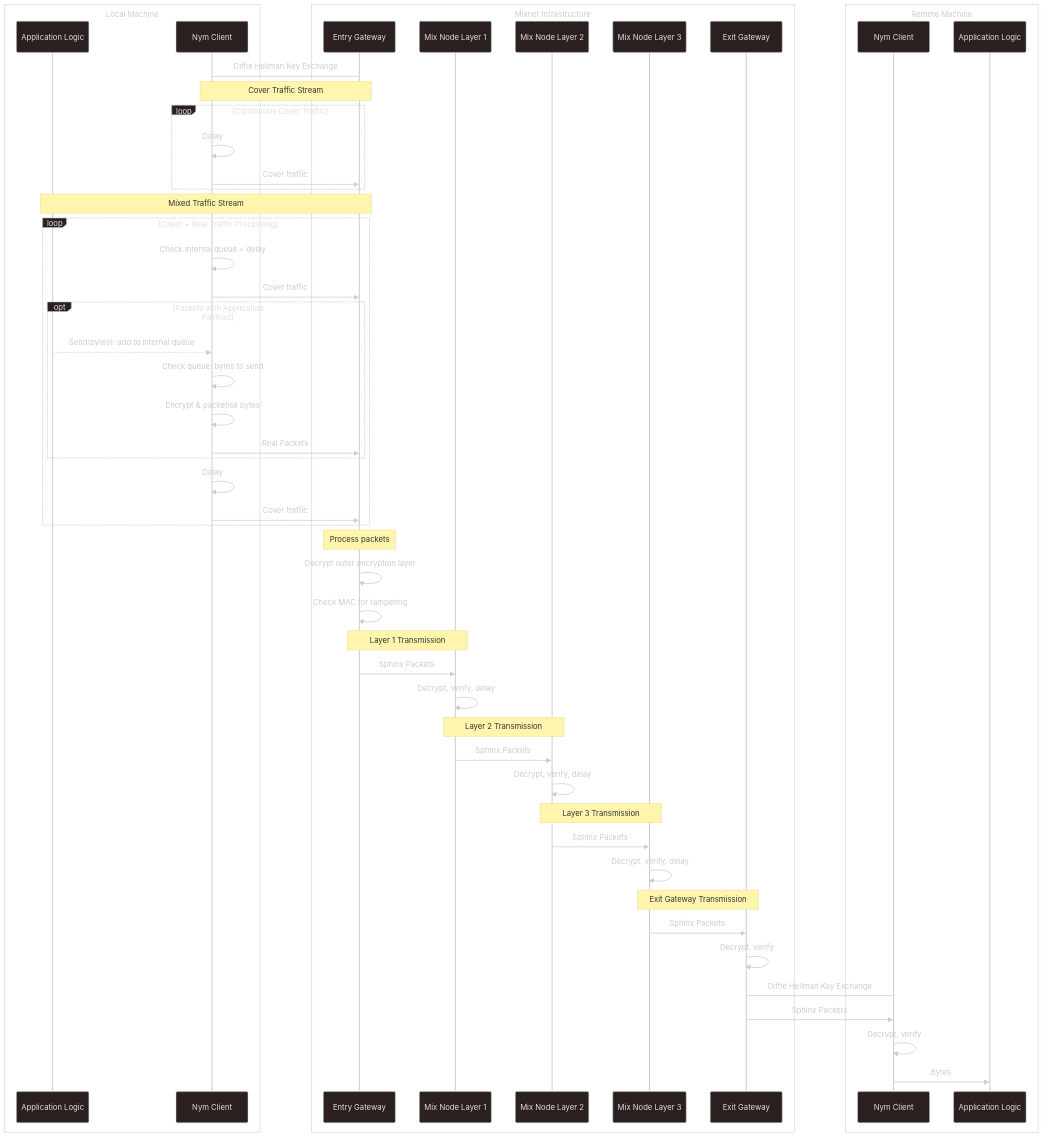
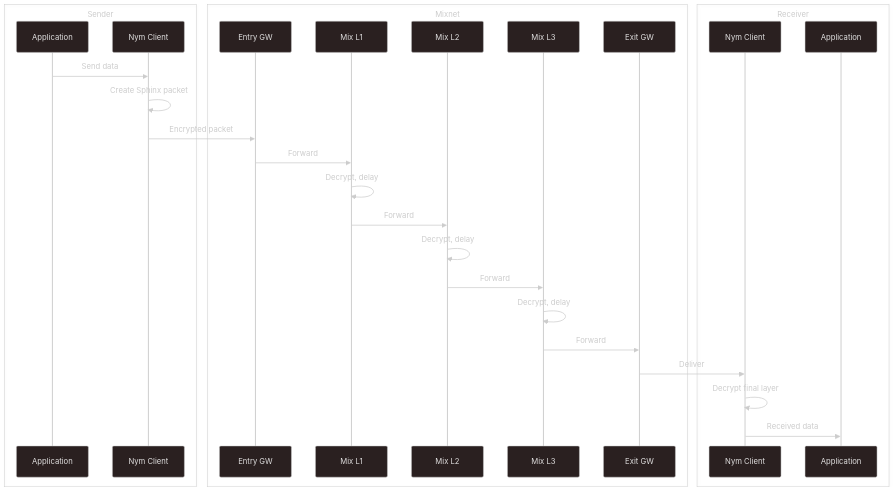
One commit to nymtech/nym changed the third of 3 diagrams in documentation/docs/pages/network/mixnet-mode/traffic-flow.mdx. Above: the diagram before and after it, drawn with Mermaid. The commit also changed other lines of this file and 22 other files, not shown here.

````diff
--- a/documentation/docs/pages/network/mixnet-mode/traffic-flow.mdx
+++ b/documentation/docs/pages/network/mixnet-mode/traffic-flow.mdx
@@ -174,72 +88,38 @@
 ```mermaid
 ---
 config:
   theme: neo-dark
 ---
 sequenceDiagram
-    box Local Machine
-        participant AL as Application Logic
-        participant NC as Nym Client
+    box Sender
+        participant App1 as Application
+        participant C1 as Nym Client
     end
 
-    box Mixnet Infrastructure
-        participant EG as Entry Gateway
-        participant M1 as Mix Node Layer 1
-        participant M2 as Mix Node Layer 2
-        participant M3 as Mix Node Layer 3
-        participant ExG as Exit Gateway
+    box Mixnet
+        participant Entry as Entry GW
+        participant M1 as Mix L1
+        participant M2 as Mix L2
+        participant M3 as Mix L3
+        participant Exit as Exit GW
     end
 
-    box Remote Machine
-        participant RC as Nym Client
-        participant AR as Application Logic
+    box Receiver
+        participant C2 as Nym Client
+        participant App2 as Application
     end
 
-    EG->NC: Diffie Hellman Key Exchange
-
-    Note over NC,EG: Cover Traffic Stream
-    loop Continuous Cover Traffic
-        NC->>NC: Delay
-        NC->>EG: Cover traffic
-    end
-
-    Note over AL,EG: Mixed Traffic Stream
-    loop Cover + Real Traffic Processing
-        NC->>NC: Check internal queue + delay
-        NC->>EG: Cover traffic
-        opt Packets with Application Payload
-            AL-->>NC: Send(bytes): add to internal queue
-            NC->>NC: Check queue: bytes to send
-            NC->>NC: Encrypt & packetise bytes
-            NC->>EG: Real Packets
-        end
-        NC->>NC: Delay
-        NC->>EG: Cover traffic
-    end
-
-    Note over EG: Process packets
-    EG->>EG: Decrypt outer encryption layer
-    EG->>EG: Check MAC for tampering
-
-    Note over EG,M1: Layer 1 Transmission
-    EG->>M1: Sphinx Packets
-    M1->>M1: Decrypt, verify, delay
-
-    Note over M1,M2: Layer 2 Transmission
-    M1->>M2: Sphinx Packets
-    M2->>M2: Decrypt, verify, delay
-
-    Note over M2,M3: Layer 3 Transmission
-    M2->>M3: Sphinx Packets
-    M3->>M3: Decrypt, verify, delay
-
-    Note over M3,ExG: Exit Gateway Transmission
-    M3->>ExG: Sphinx Packets
-    ExG->>ExG: Decrypt, verify
-
-    ExG->RC: Diffie Hellman Key Exchange
-    ExG->>RC: Sphinx Packets
-    RC->>RC: Decrypt, verify
-
-    RC->>AR: Bytes
+    App1->>C1: Send data
+    C1->>C1: Create Sphinx packet
+    C1->>Entry: Encrypted packet
+    Entry->>M1: Forward
+    M1->>M1: Decrypt, delay
+    M1->>M2: Forward
+    M2->>M2: Decrypt, delay
+    M2->>M3: Forward
+    M3->>M3: Decrypt, delay
+    M3->>Exit: Forward
+    Exit->>C2: Deliver
+    C2->>C2: Decrypt final layer
+    C2->>App2: Received data
 ```
````
